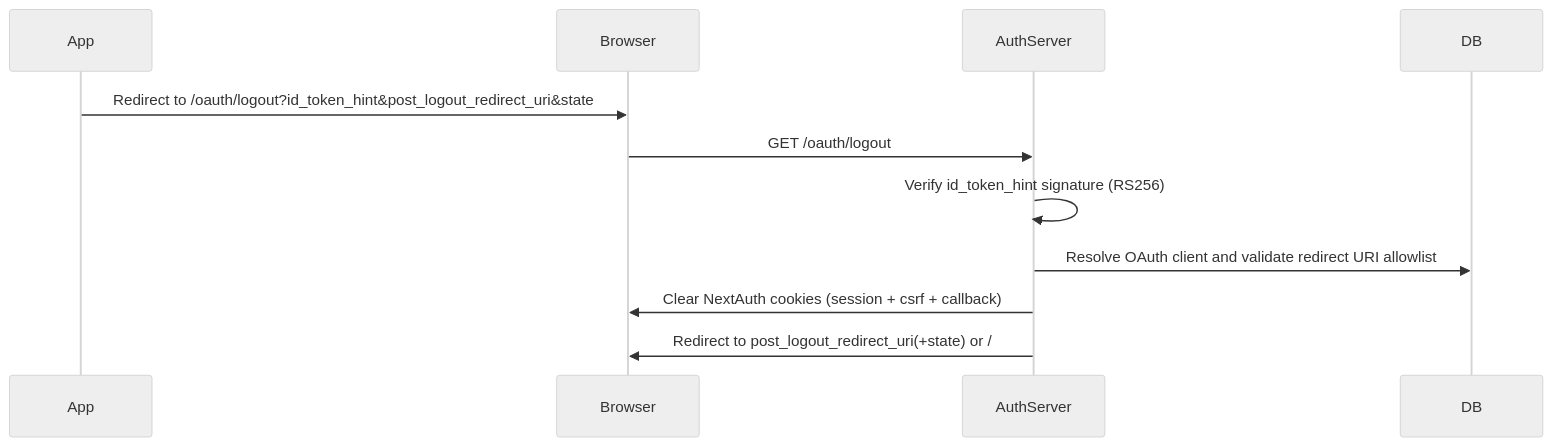
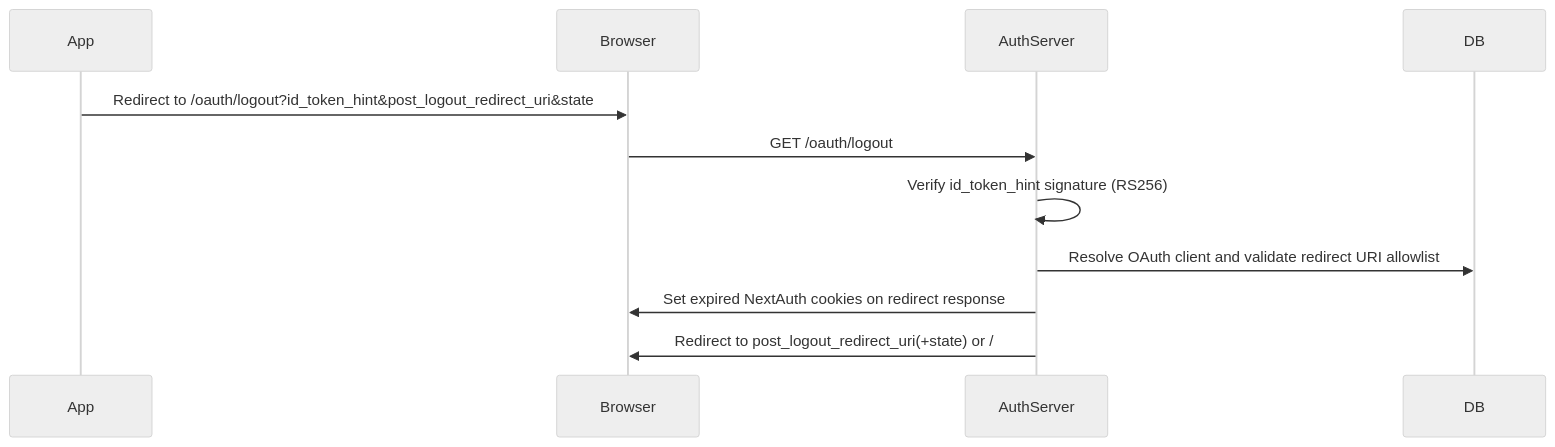
One commit to manumu-studio/auth-manumu-studio changed the seventh of 15 diagrams in docs/ARCHITECTURE.md. Above: the diagram before and after it, drawn with Mermaid (neutral theme). The commit also changed 4 other files, not shown here.

First line of the commit message:
fix(auth): clear cookies on redirect response and use full navigation for sign-out

````diff
--- a/docs/ARCHITECTURE.md
+++ b/docs/ARCHITECTURE.md
@@ -173,14 +173,14 @@
 ```mermaid
 sequenceDiagram
     participant App
     participant Browser
     participant AuthServer
     participant DB
 
     App->>Browser: Redirect to /oauth/logout?id_token_hint&post_logout_redirect_uri&state
     Browser->>AuthServer: GET /oauth/logout
     AuthServer->>AuthServer: Verify id_token_hint signature (RS256)
     AuthServer->>DB: Resolve OAuth client and validate redirect URI allowlist
-    AuthServer->>Browser: Clear NextAuth cookies (session + csrf + callback)
+    AuthServer->>Browser: Set expired NextAuth cookies on redirect response
     AuthServer->>Browser: Redirect to post_logout_redirect_uri(+state) or /
 ```
````
